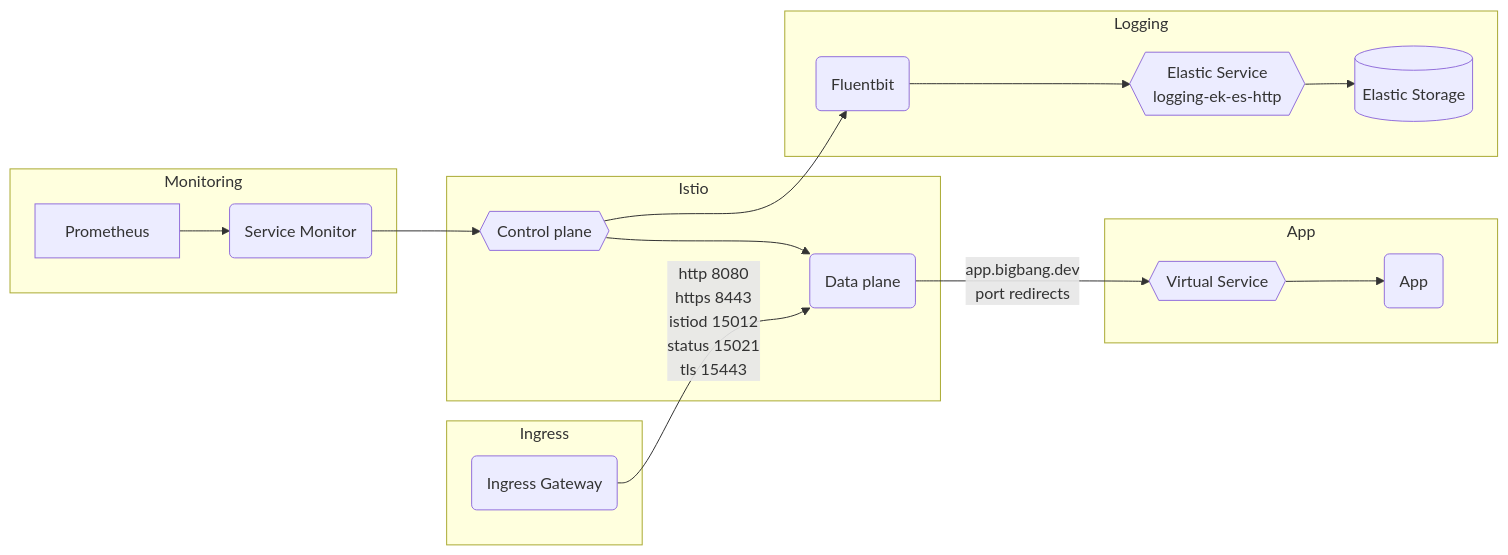
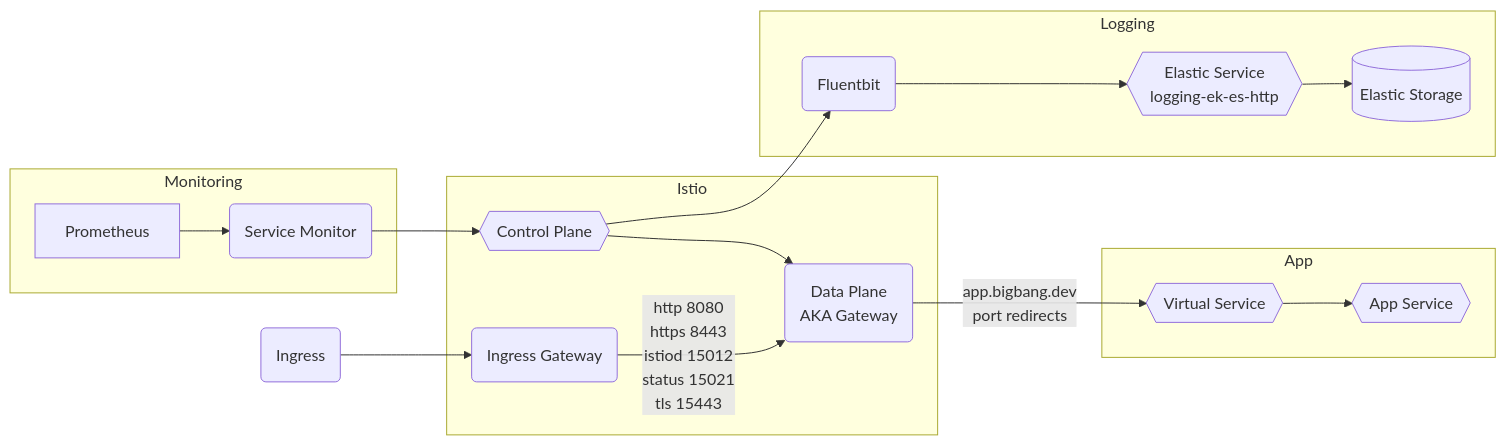
The diagram in charter/packages/istio/Architecture.md (rjferguson21/big-bang), drawn with Mermaid before and after one commit.

Commit message:
resolve mermaid thread

````diff
--- a/charter/packages/istio/Architecture.md
+++ b/charter/packages/istio/Architecture.md
@@ -8,26 +8,24 @@
 ```mermaid
 graph LR
   subgraph "Istio"
-    dataplane("Data plane") 
-    controlplane{{"Control plane"}} --> dataplane
+    dataplane("Data Plane<br/>AKA Gateway") 
+    controlplane{{"Control Plane"}} --> dataplane
+    igw("Ingress Gateway") --"http 8080<br/>https 8443<br/>istiod 15012<br/>status 15021<br/>tls 15443"--> dataplane
   end      
 
-  subgraph "Ingress"
-    igw("Ingress Gateway") 
-    igw --"http 8080<br/>https 8443<br/>istiod 15012<br/>status 15021<br/>tls 15443"--> dataplane
-  end
+  ig("Ingress") --> igw
 
   subgraph "Monitoring"
     svcmonitor("Service Monitor") --> controlplane
     Prometheus --> svcmonitor("Service Monitor")
   end
   
   subgraph "App"
-    dataplane --"app.bigbang.dev"<br/>port redirects--> appvs{{"Virtual Service"}} --> apppod("App")
+    dataplane --"app.bigbang.dev"<br/>port redirects--> appvs{{"Virtual Service"}} --> appsvc{{"App Service"}}
   end
 
   subgraph "Logging"
     controlplane --> fluent(Fluentbit) --> logging-ek-es-http
     logging-ek-es-http{{Elastic Service<br />logging-ek-es-http}} --> elastic[(Elastic Storage)]
   end
 ```
````
